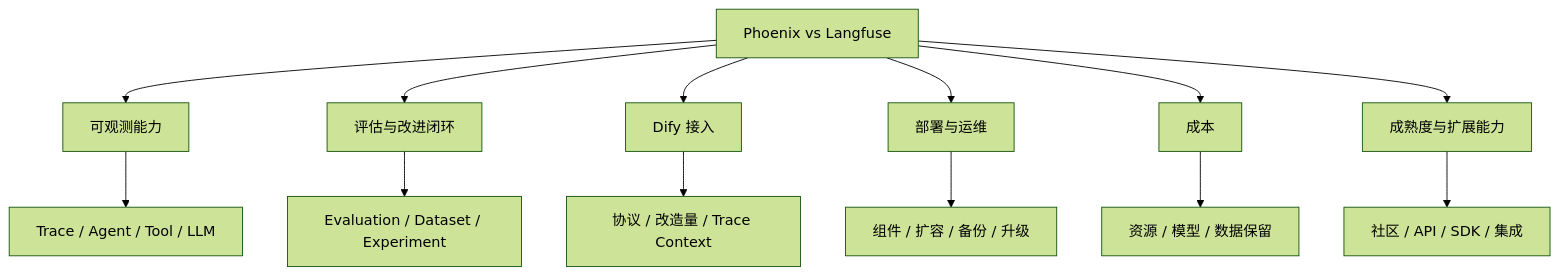
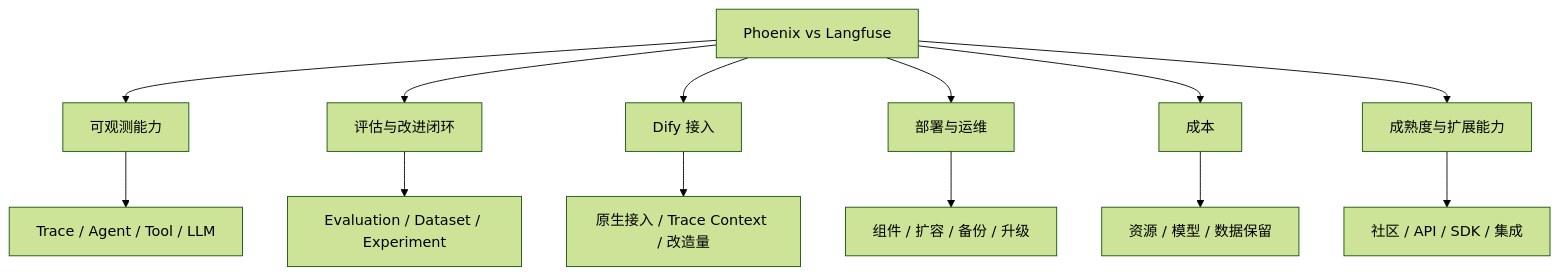
Diagram 15 of 15 in weekly-report/phoenix-langfuse-research.md (sgfd-ui/internship), drawn with Mermaid (forest theme) before and after one commit. The commit also changed other lines of this file, not shown here.

````diff
--- a/weekly-report/phoenix-langfuse-research.md
+++ b/weekly-report/phoenix-langfuse-research.md
@@ -540,18 +778,18 @@
 ```mermaid
 flowchart TB
     A[Phoenix vs Langfuse]
 
     A --> B[可观测能力]
     A --> C[评估与改进闭环]
     A --> D[Dify 接入]
     A --> E[部署与运维]
     A --> F[成本]
     A --> G[成熟度与扩展能力]
 
     B --> B1[Trace / Agent / Tool / LLM]
     C --> C1[Evaluation / Dataset / Experiment]
-    D --> D1[协议 / 改造量 / Trace Context]
+    D --> D1[原生接入 / Trace Context / 改造量]
     E --> E1[组件 / 扩容 / 备份 / 升级]
     F --> F1[资源 / 模型 / 数据保留]
     G --> G1[社区 / API / SDK / 集成]
 ```
````
